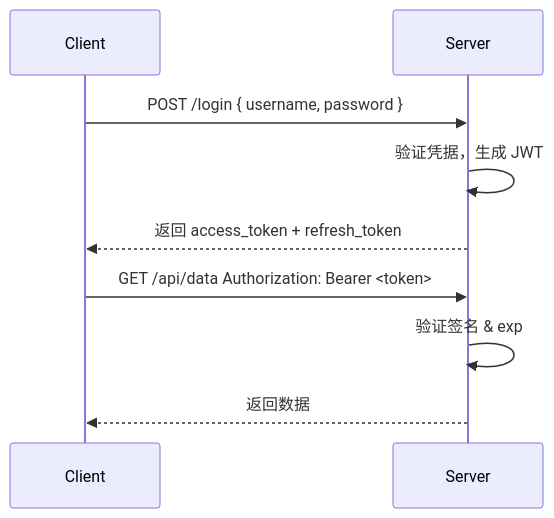
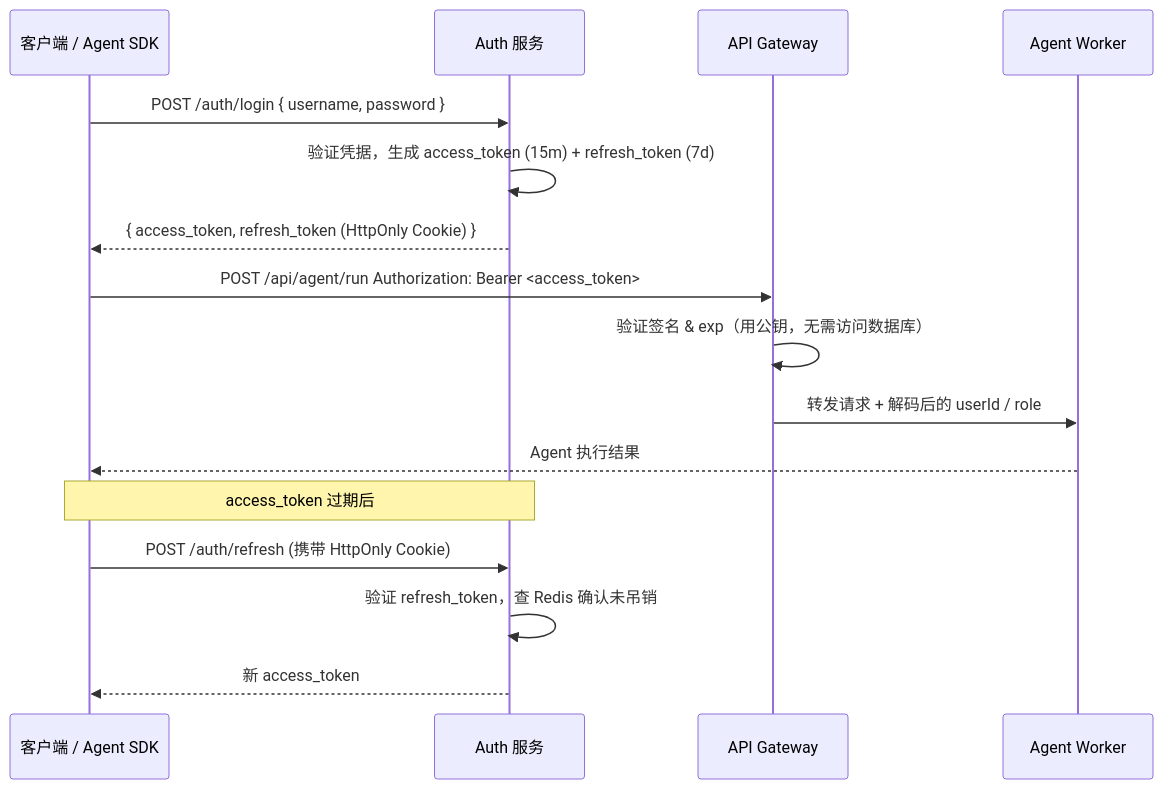
The diagram in knowledge/backend/auth/jwt-auth.md (AmbitionC/front-end-journey-resource), drawn with Mermaid before and after one commit. The commit also changed other lines of this file and 60 other files, not shown here.

````diff
--- a/knowledge/backend/auth/jwt-auth.md
+++ b/knowledge/backend/auth/jwt-auth.md
@@ -28,9 +74,21 @@
 ```mermaid
 sequenceDiagram
-    Client->>Server: POST /login { username, password }
-    Server->>Server: 验证凭据，生成 JWT
-    Server-->>Client: 返回 access_token + refresh_token
-    Client->>Server: GET /api/data  Authorization: Bearer <token>
-    Server->>Server: 验证签名 & exp
-    Server-->>Client: 返回数据
+    participant C as 客户端 / Agent SDK
+    participant A as Auth 服务
+    participant G as API Gateway
+    participant W as Agent Worker
+
+    C->>A: POST /auth/login { username, password }
+    A->>A: 验证凭据，生成 access_token (15m) + refresh_token (7d)
+    A-->>C: { access_token, refresh_token (HttpOnly Cookie) }
+
+    C->>G: POST /api/agent/run  Authorization: Bearer <access_token>
+    G->>G: 验证签名 & exp（用公钥，无需访问数据库）
+    G->>W: 转发请求 + 解码后的 userId / role
+    W-->>C: Agent 执行结果
+
+    note over C,A: access_token 过期后
+    C->>A: POST /auth/refresh (携带 HttpOnly Cookie)
+    A->>A: 验证 refresh_token，查 Redis 确认未吊销
+    A-->>C: 新 access_token
 ```
````
